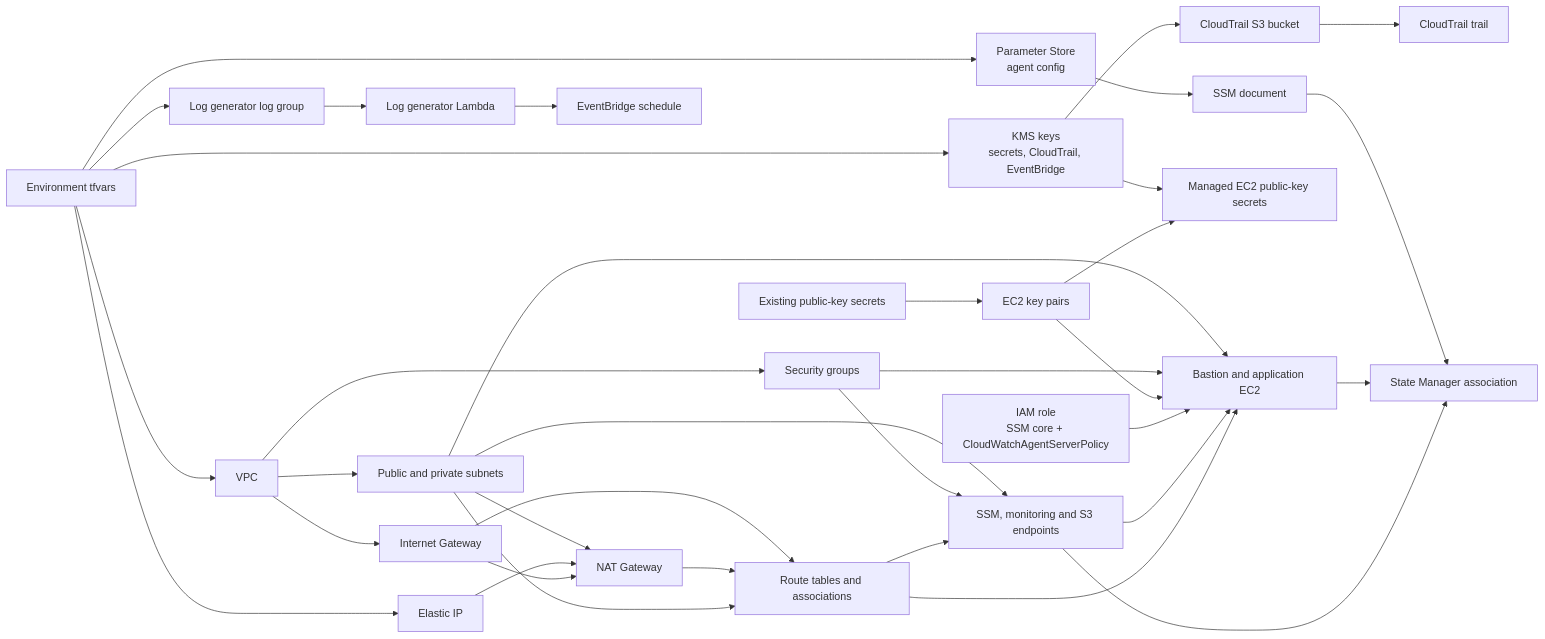
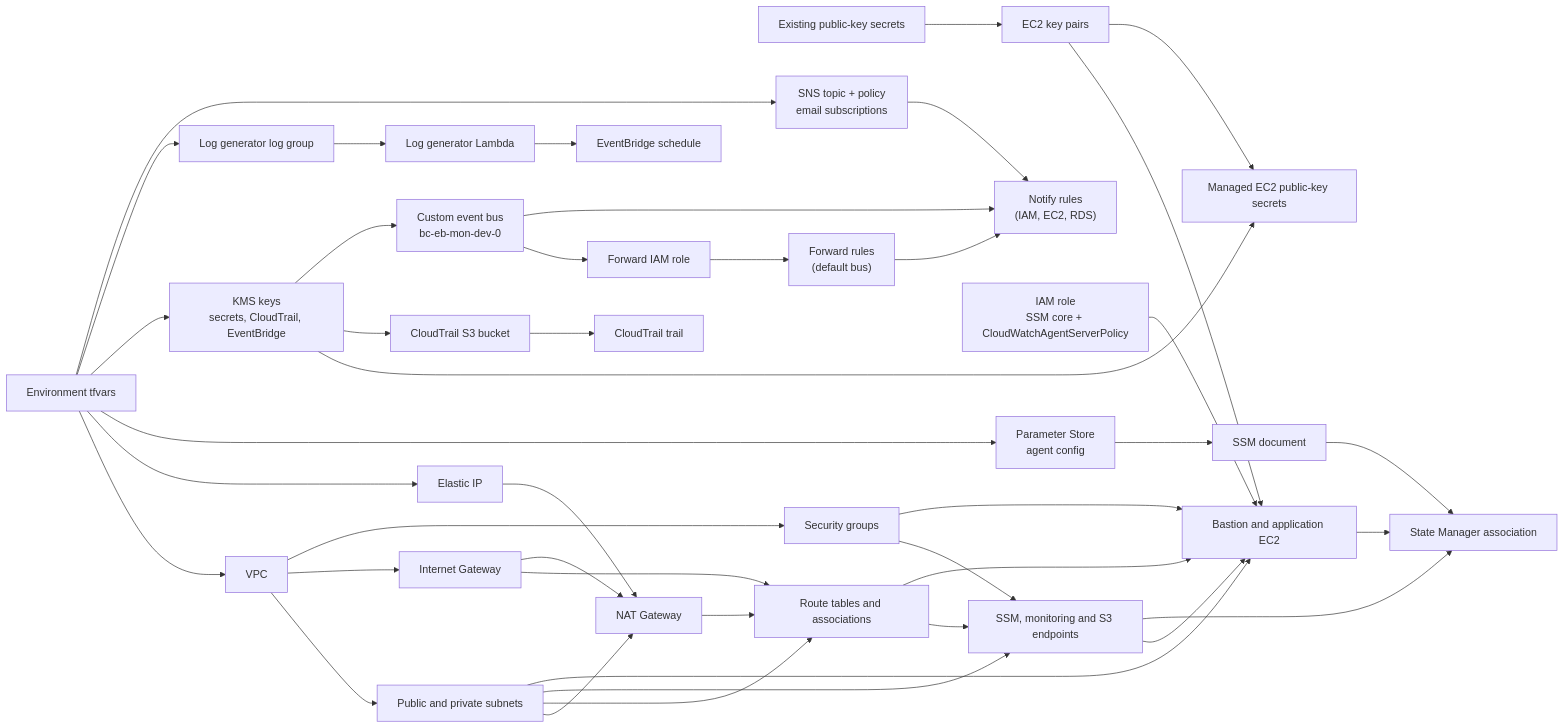
The second of 2 diagrams in modules/impl/ec2-ssm-cloudtrail/README.md (BigCat3997/pinwheel-aws-infra), drawn with Mermaid before and after one commit. The commit also changed other lines of this file and 6 other files, not shown here.

Commit message:
enhance tracking resources by eventbridge: notify email when resource change its state

````diff
--- a/modules/impl/ec2-ssm-cloudtrail/README.md
+++ b/modules/impl/ec2-ssm-cloudtrail/README.md
@@ -123,45 +174,53 @@
 ```mermaid
 flowchart LR
   inputs["Environment tfvars"]
   existing_secrets["Existing public-key secrets"]
 
   inputs --> vpc["VPC"]
   vpc --> subnets["Public and private subnets"]
   vpc --> igw["Internet Gateway"]
   vpc --> sg["Security groups"]
   inputs --> eips["Elastic IP"]
   igw --> routes["Route tables and associations"]
   subnets --> nat["NAT Gateway"]
   eips --> nat
   igw --> nat
   nat --> routes
   subnets --> routes
 
   subnets --> vpce["SSM, monitoring and S3 endpoints"]
   sg --> vpce
   routes --> vpce
 
   existing_secrets --> key_pairs["EC2 key pairs"]
   subnets --> instances["Bastion and application EC2"]
   sg --> instances
   key_pairs --> instances
   iam["IAM role<br/>SSM core + CloudWatchAgentServerPolicy"] --> instances
   vpce --> instances
   routes --> instances
 
   inputs --> agent_config["Parameter Store<br/>agent config"]
   agent_config --> document["SSM document"]
   document --> association["State Manager association"]
   instances --> association
   vpce --> association
 
   inputs --> kms["KMS keys<br/>secrets, CloudTrail, EventBridge"]
   kms --> output_secrets["Managed EC2 public-key secrets"]
   key_pairs --> output_secrets
   kms --> bucket["CloudTrail S3 bucket"]
   bucket --> trail["CloudTrail trail"]
 
   inputs --> log_group["Log generator log group"]
   log_group --> lambda["Log generator Lambda"]
   lambda --> schedule["EventBridge schedule"]
+
+  inputs --> sns["SNS topic + policy<br/>email subscriptions"]
+  kms --> mon_bus["Custom event bus<br/>bc-eb-mon-dev-0"]
+  fwd_role["Forward IAM role"] --> forward_rules["Forward rules<br/>(default bus)"]
+  mon_bus --> fwd_role
+  forward_rules --> notify_rules["Notify rules<br/>(IAM, EC2, RDS)"]
+  mon_bus --> notify_rules
+  sns --> notify_rules
 ```
````
